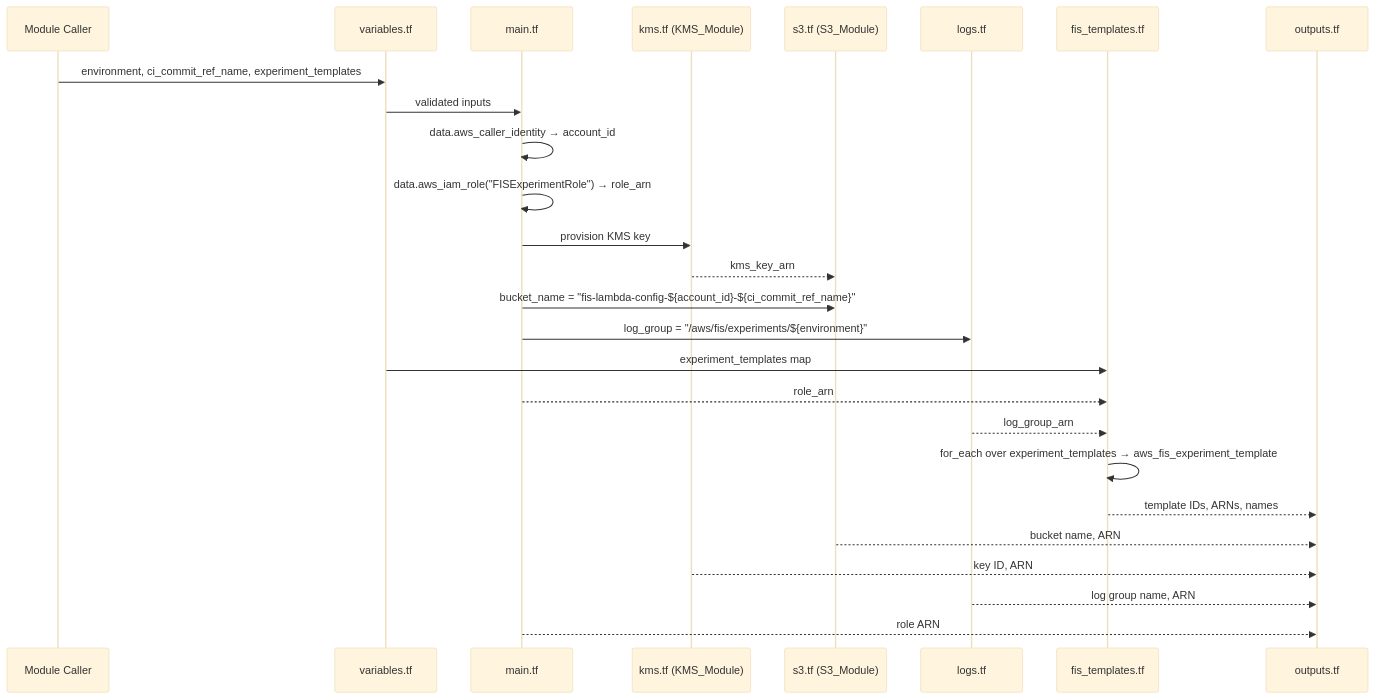
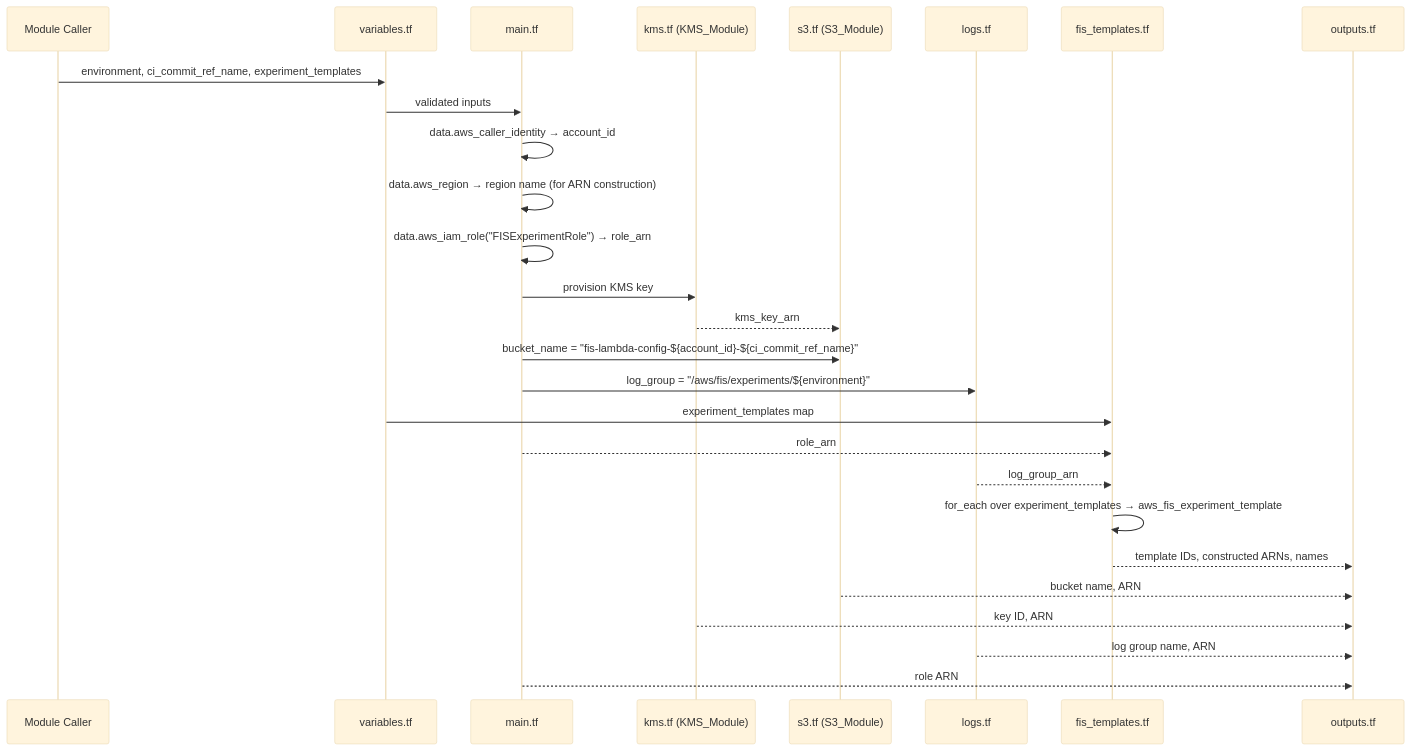
One commit to codengsht/aws-tf-fis-module changed the second of 3 diagrams in .kiro/specs/aws-fis-terraform-module/design.md. Above: the diagram before and after it, drawn with Mermaid (base theme). The commit also changed other lines of this file and 8 other files, not shown here.

````diff
--- a/.kiro/specs/aws-fis-terraform-module/design.md
+++ b/.kiro/specs/aws-fis-terraform-module/design.md
@@ -74,29 +119,30 @@
 ```mermaid
 sequenceDiagram
     participant User as Module Caller
     participant Vars as variables.tf
     participant Main as main.tf
     participant KMS as kms.tf (KMS_Module)
     participant S3 as s3.tf (S3_Module)
     participant Logs as logs.tf
     participant FIS as fis_templates.tf
     participant Out as outputs.tf
 
     User->>Vars: environment, ci_commit_ref_name, experiment_templates
     Vars->>Main: validated inputs
     Main->>Main: data.aws_caller_identity → account_id
+    Main->>Main: data.aws_region → region name (for ARN construction)
     Main->>Main: data.aws_iam_role("FISExperimentRole") → role_arn
     Main->>KMS: provision KMS key
     KMS-->>S3: kms_key_arn
     Main->>S3: bucket_name = "fis-lambda-config-${account_id}-${ci_commit_ref_name}"
     Main->>Logs: log_group = "/aws/fis/experiments/${environment}"
     Vars->>FIS: experiment_templates map
     Main-->>FIS: role_arn
     Logs-->>FIS: log_group_arn
     FIS->>FIS: for_each over experiment_templates → aws_fis_experiment_template
-    FIS-->>Out: template IDs, ARNs, names
+    FIS-->>Out: template IDs, constructed ARNs, names
     S3-->>Out: bucket name, ARN
     KMS-->>Out: key ID, ARN
     Logs-->>Out: log group name, ARN
     Main-->>Out: role ARN
 ```
````
